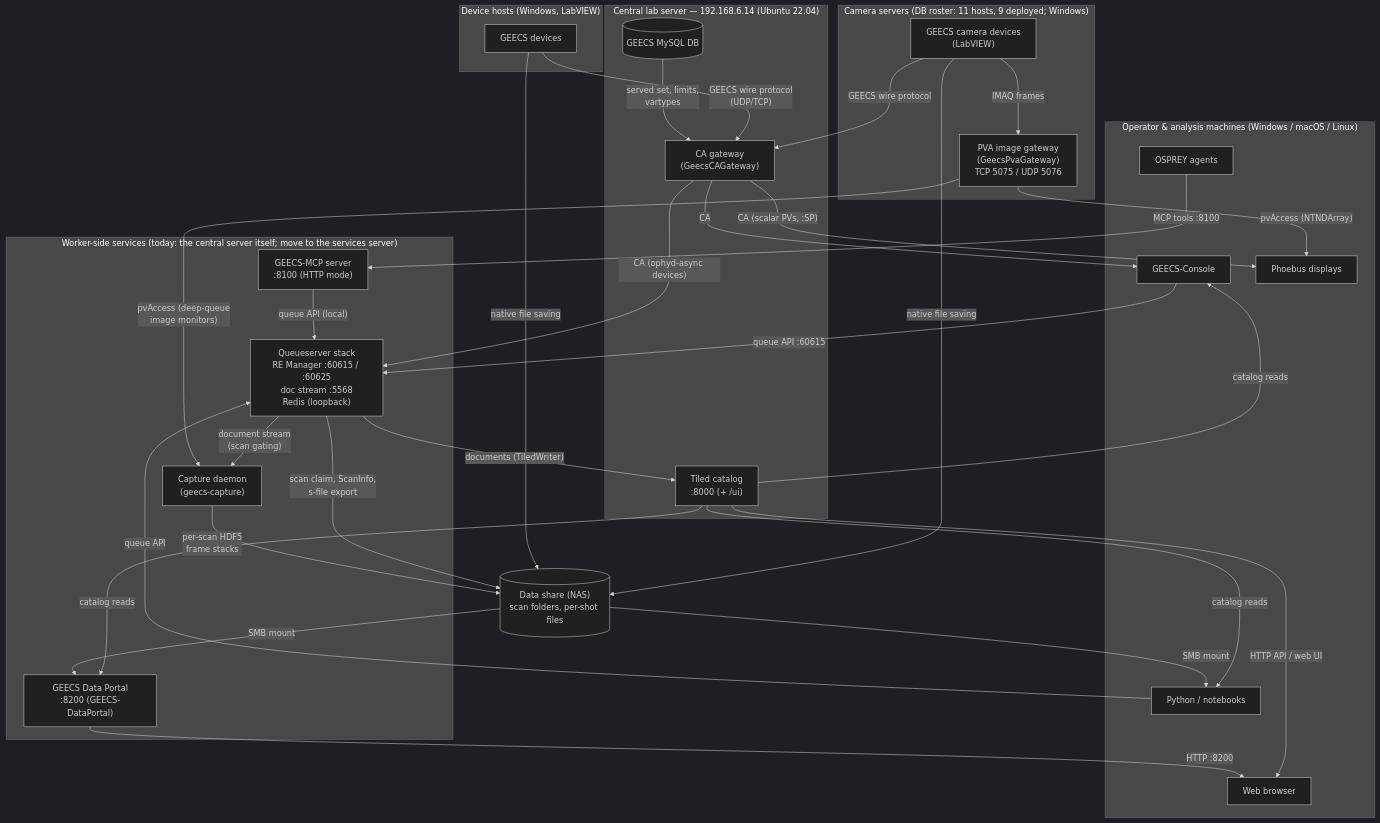
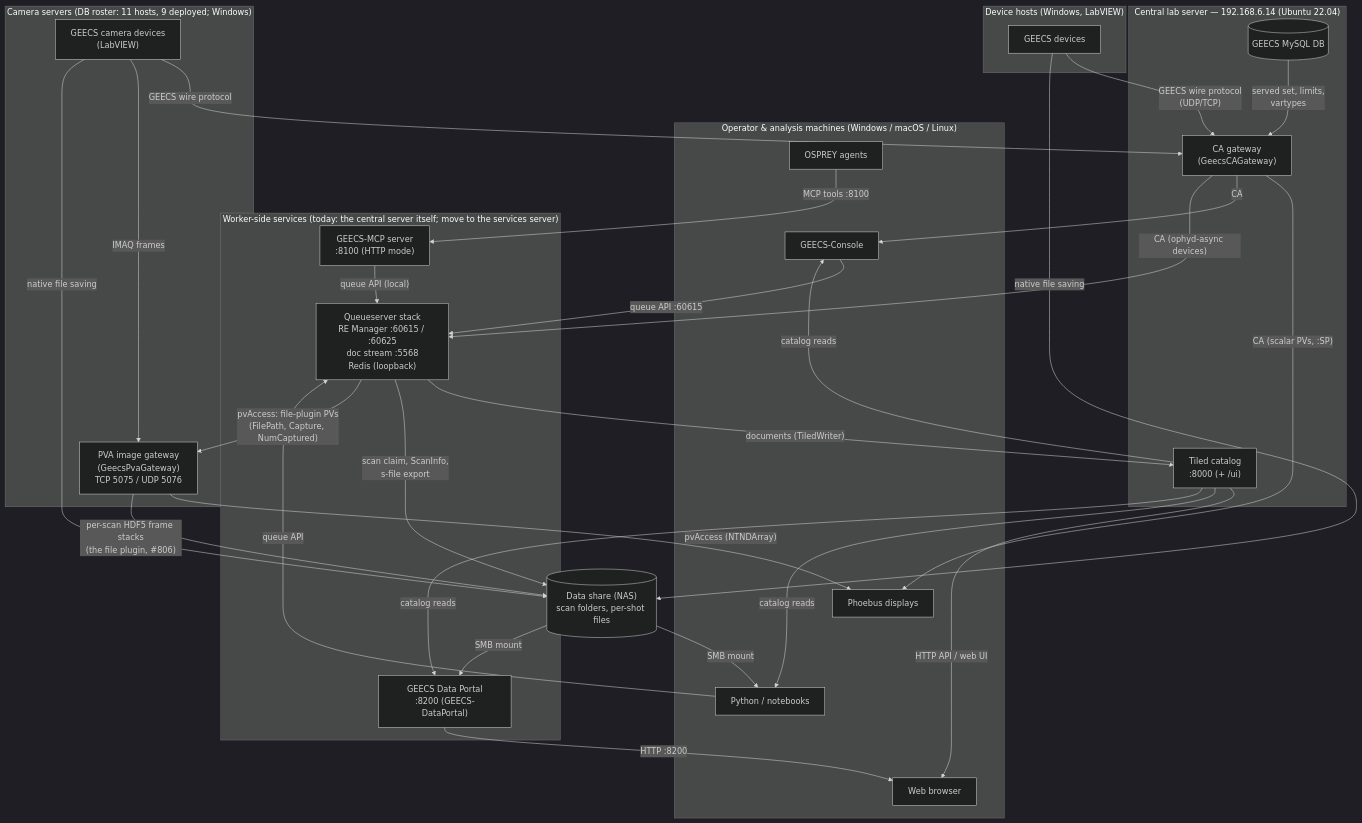
The diagram in docs/platform/fleet_map.md (GEECS-BELLA/GEECS-Plugins), drawn with Mermaid (dark theme) before and after one commit. The commit also changed other lines of this file and 61 other files, not shown here.

First line of the commit message:
#806: the areaDetector-shaped file plugin in GeecsPvaGateway + stock ADHDFDataLogic on the worker; partial-row strict semantics; capture daemon deleted

````diff
--- a/docs/platform/fleet_map.md
+++ b/docs/platform/fleet_map.md
@@ -35,65 +35,63 @@
 ```mermaid
 flowchart TB
     subgraph clients["Operator & analysis machines (Windows / macOS / Linux)"]
         console["GEECS-Console"]
         phoebus["Phoebus displays"]
         nb["Python / notebooks"]
         osprey["OSPREY agents"]
         browser["Web browser"]
     end
 
     subgraph central["Central lab server — 192.168.6.14 (Ubuntu 22.04)"]
         cagw["CA gateway<br/>(GeecsCAGateway)"]
         tiled["Tiled catalog<br/>:8000 (+ /ui)"]
         db[("GEECS MySQL DB")]
     end
 
     subgraph worker["Worker-side services (today: the central server itself; move to the services server)"]
         qs["Queueserver stack<br/>RE Manager :60615 / :60625<br/>doc stream :5568<br/>Redis (loopback)"]
         mcp["GEECS-MCP server<br/>:8100 (HTTP mode)"]
-        capture["Capture daemon<br/>(geecs-capture)"]
         portal["GEECS Data Portal<br/>:8200 (GEECS-DataPortal)"]
     end
 
     subgraph camsrv["Camera servers (DB roster: 11 hosts, 9 deployed; Windows)"]
         cams["GEECS camera devices<br/>(LabVIEW)"]
         pvagw["PVA image gateway<br/>(GeecsPvaGateway)<br/>TCP 5075 / UDP 5076"]
     end
 
     subgraph devhosts["Device hosts (Windows, LabVIEW)"]
         devs["GEECS devices"]
     end
 
     nas[("Data share (NAS)<br/>scan folders, per-shot files")]
 
     devs -- "GEECS wire protocol<br/>(UDP/TCP)" --> cagw
     cams -- "GEECS wire protocol" --> cagw
     cams -- "IMAQ frames" --> pvagw
     db -- "served set, limits,<br/>vartypes" --> cagw
 
     cagw -- "CA (scalar PVs, :SP)" --> phoebus
     cagw -- "CA" --> console
     cagw -- "CA (ophyd-async devices)" --> qs
     pvagw -- "pvAccess (NTNDArray)" --> phoebus
 
     console -- "queue API :60615" --> qs
     nb -- "queue API" --> qs
     osprey -- "MCP tools :8100" --> mcp
     mcp -- "queue API (local)" --> qs
 
     qs -- "documents (TiledWriter)" --> tiled
     qs -- "scan claim, ScanInfo,<br/>s-file export" --> nas
-    qs -- "document stream<br/>(scan gating)" --> capture
-    pvagw -- "pvAccess (deep-queue<br/>image monitors)" --> capture
-    capture -- "per-scan HDF5<br/>frame stacks" --> nas
+    qs -- "pvAccess: file-plugin PVs<br/>(FilePath, Capture, NumCaptured)" --> pvagw
+    pvagw -- "per-scan HDF5 frame stacks<br/>(the file plugin, #806)" --> nas
     cams -- "native file saving" --> nas
     devs -- "native file saving" --> nas
 
     tiled -- "HTTP API / web UI" --> browser
     tiled -- "catalog reads" --> console
     tiled -- "catalog reads" --> nb
     tiled -- "catalog reads" --> portal
     nas -- "SMB mount" --> portal
     portal -- "HTTP :8200" --> browser
     nas -- "SMB mount" --> nb
 ```
````
